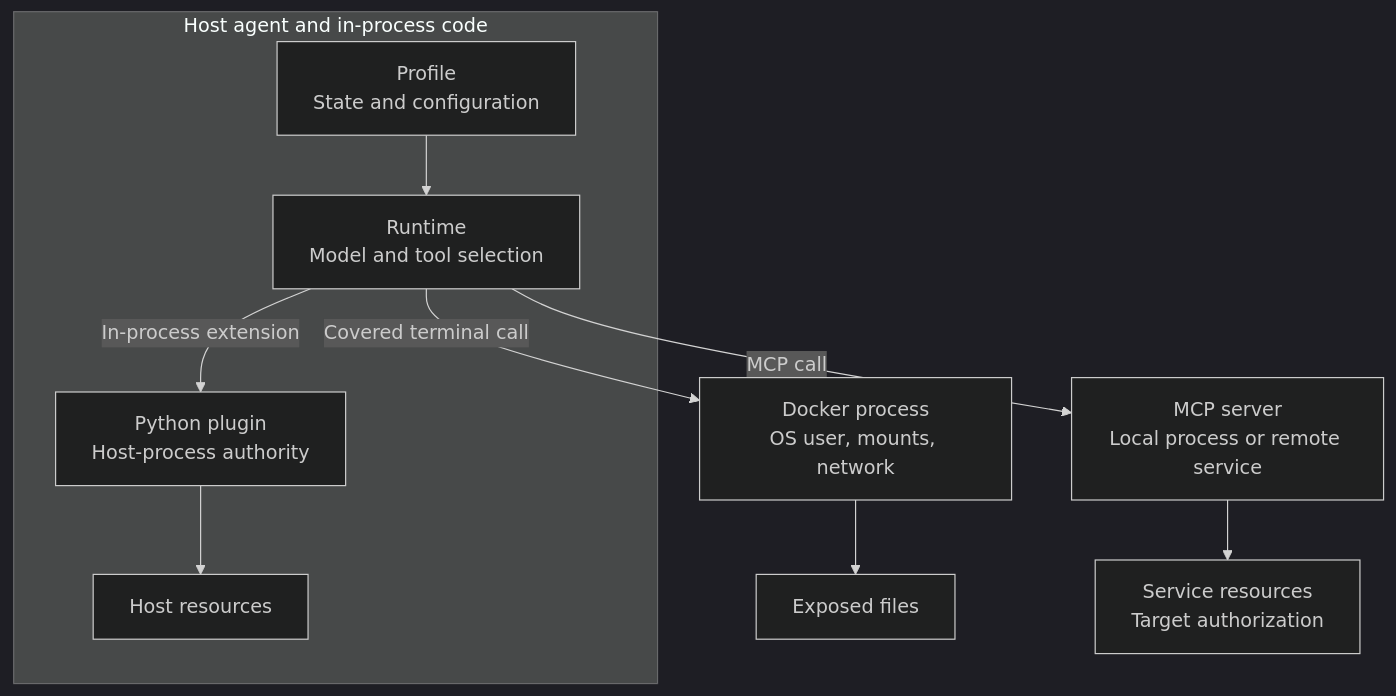
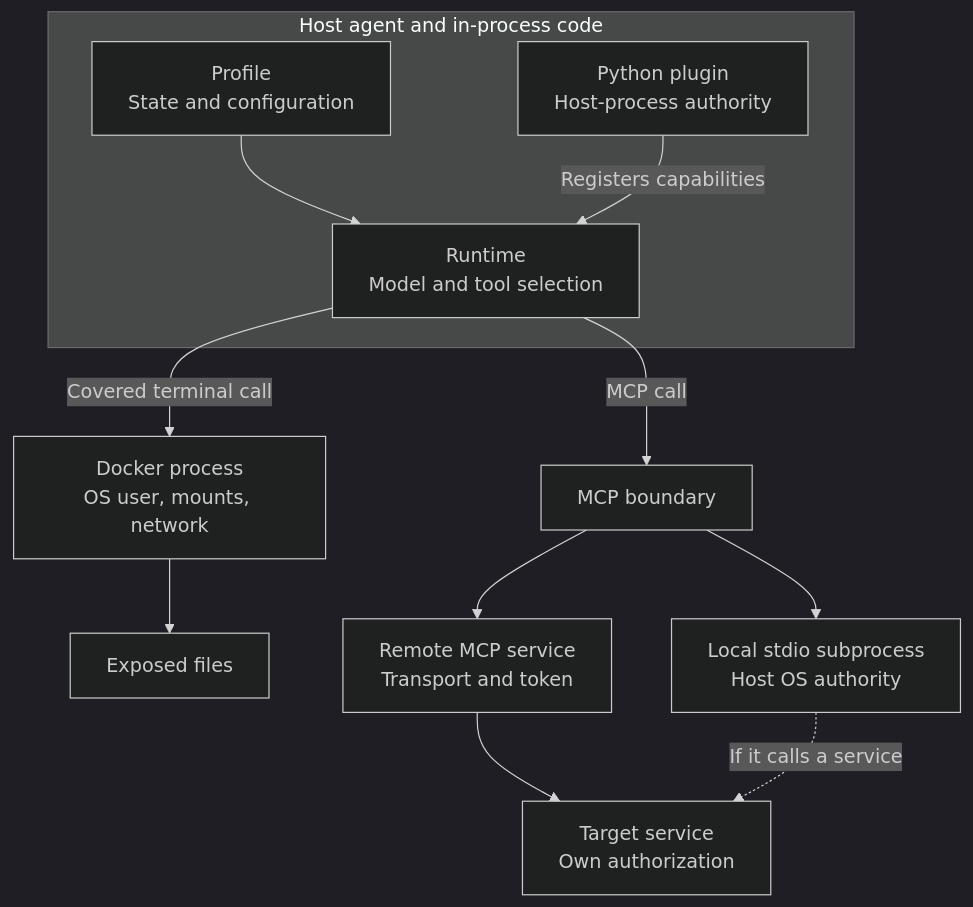
Before and after one commit to vingov/the-agent-stack-labs: the first of 2 diagrams in series/hermes-agent/v0.21.0/labs/05-security-boundaries/article.md, drawn with Mermaid (dark theme). The commit also changed other lines of this file and 7 other files, not shown here.

Commit message:
Apply Part 5 editorial review and clarify authority diagrams

````diff
--- a/series/hermes-agent/v0.21.0/labs/05-security-boundaries/article.md
+++ b/series/hermes-agent/v0.21.0/labs/05-security-boundaries/article.md
@@ -57,12 +57,14 @@
 ```mermaid
 flowchart TB
   subgraph Host["Host agent and in-process code"]
     P["Profile<br/>State and configuration"] --> R["Runtime<br/>Model and tool selection"]
-    R -->|In-process extension| X["Python plugin<br/>Host-process authority"]
-    X --> H["Host resources"]
+    X["Python plugin<br/>Host-process authority"] -->|Registers capabilities| R
   end
   R -->|Covered terminal call| B["Docker process<br/>OS user, mounts, network"]
-  R -->|MCP call| M["MCP server<br/>Local process or remote service"]
+  R -->|MCP call| M["MCP boundary"]
   B --> F["Exposed files"]
-  M --> T["Service resources<br/>Target authorization"]
+  M --> L["Local stdio subprocess<br/>Host OS authority"]
+  M --> Q["Remote MCP service<br/>Transport and token"]
+  Q --> T["Target service<br/>Own authorization"]
+  L -.->|If it calls a service| T
 ```
````
